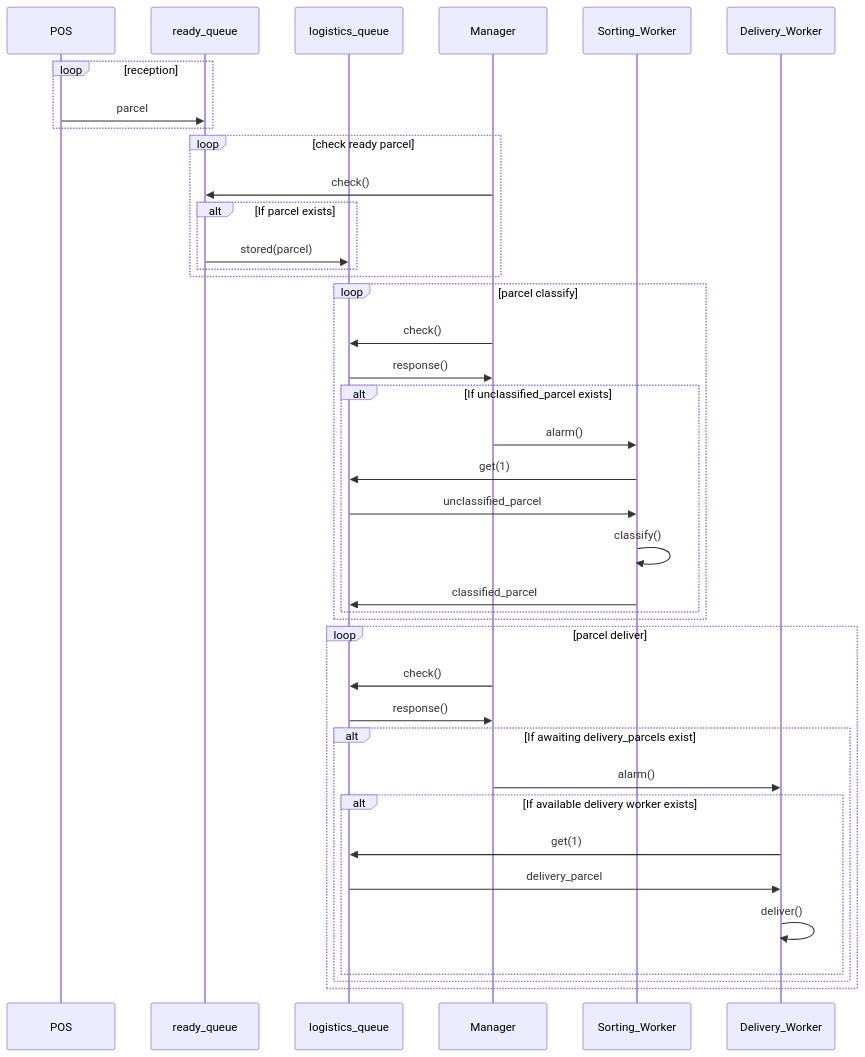
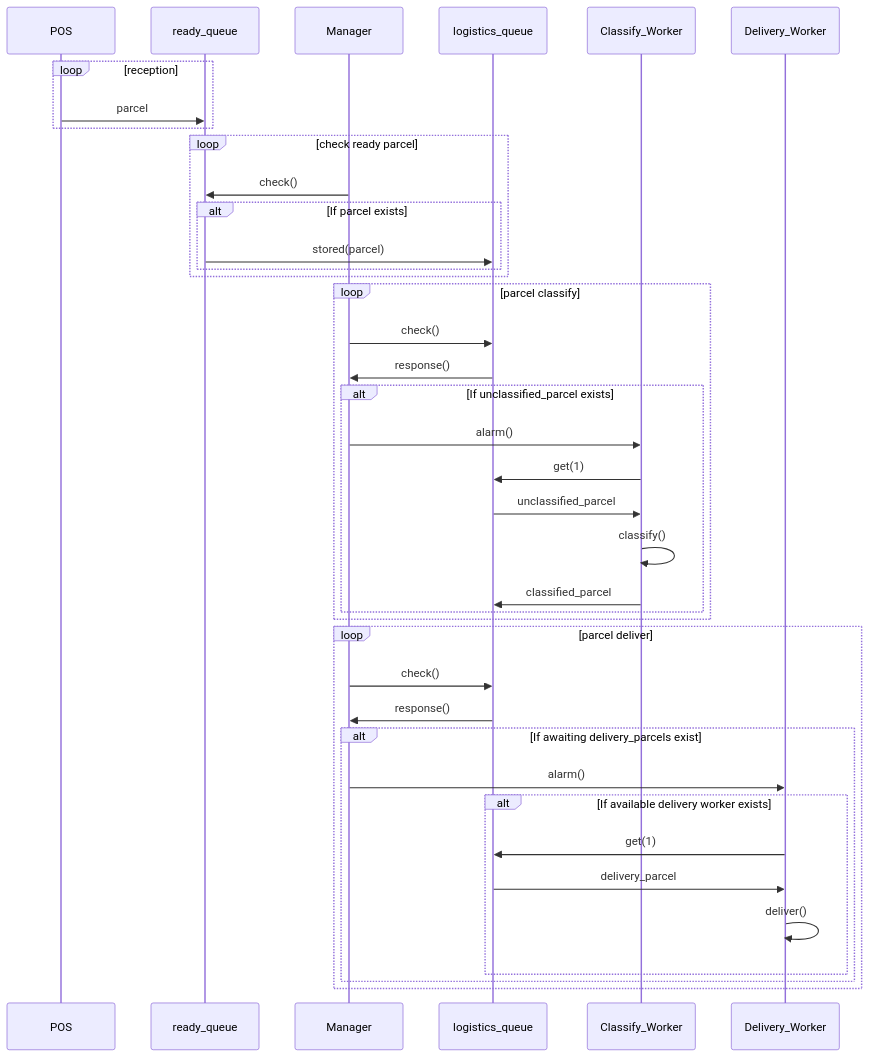
Before and after one commit to NarciSource/Boostcamp-Challenge: the diagram in README.md, drawn with Mermaid. The commit also changed other lines of this file and 4 other files, not shown here.

Commit message:
refactor: Sorting_Worker -> Classify_Worker

````diff
--- a/README.md
+++ b/README.md
@@ -56,45 +56,45 @@
 ```mermaid
 sequenceDiagram
     participant POS
     participant ready_queue
+    participant Manager
     participant logistics_queue
-    participant Manager
-    participant Sorting_Worker
+    participant Classify_Worker
     participant Delivery_Worker
 
     loop reception
         POS->>ready_queue: parcel
     end
 
     loop check ready parcel
         Manager->>ready_queue: check()
         alt If parcel exists
             ready_queue->>logistics_queue: stored(parcel)
         end
     end
 
     loop parcel classify
         Manager->>logistics_queue: check()
         logistics_queue->>Manager: response()
         alt If unclassified_parcel exists
-            Manager->>Sorting_Worker: alarm()
-            Sorting_Worker->>logistics_queue: get(1)
-            logistics_queue->>Sorting_Worker: unclassified_parcel
-            Sorting_Worker->>Sorting_Worker: classify()
-            Sorting_Worker->>logistics_queue: classified_parcel
+            Manager->>Classify_Worker: alarm()
+            Classify_Worker->>logistics_queue: get(1)
+            logistics_queue->>Classify_Worker: unclassified_parcel
+            Classify_Worker->>Classify_Worker: classify()
+            Classify_Worker->>logistics_queue: classified_parcel
         end
     end
 
     loop parcel deliver
         Manager->>logistics_queue: check()
         logistics_queue->>Manager: response()
         alt If awaiting delivery_parcels exist
             Manager->>Delivery_Worker: alarm()
             alt If available delivery worker exists
                 Delivery_Worker->>logistics_queue: get(1)
                 logistics_queue->>Delivery_Worker: delivery_parcel
                 Delivery_Worker->>Delivery_Worker: deliver()
             end
         end
     end
 ```
````
